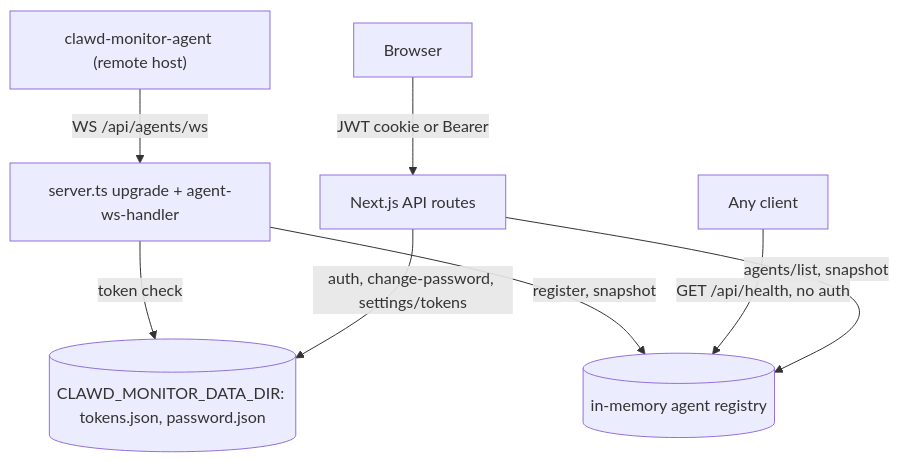
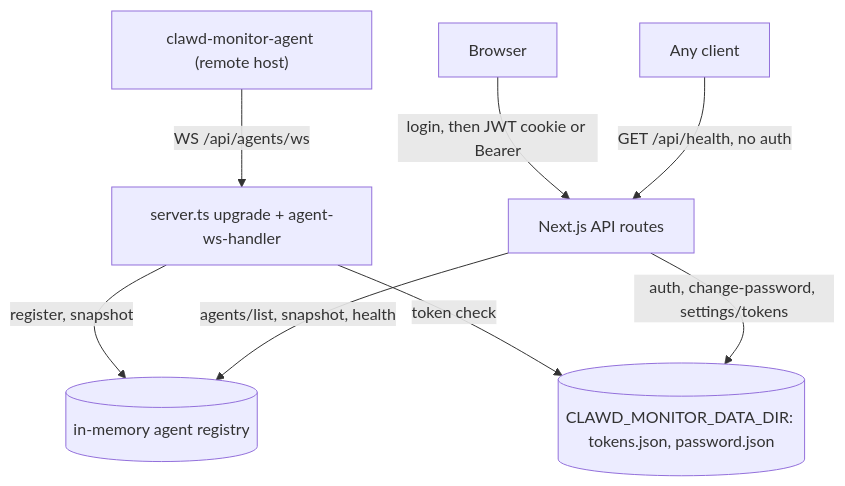
The first of 2 diagrams in docs/ARCHITECTURE.md (LanNguyenSi/clawd-monitor), drawn with Mermaid before and after one commit. The commit also changed other lines of this file and 3 other files, not shown here.

First line of the commit message:
docs: clarify log fallback, NODE_ENV for npm start and diagram edges

````diff
--- a/docs/ARCHITECTURE.md
+++ b/docs/ARCHITECTURE.md
@@ -28,10 +26,10 @@
 ```mermaid
 flowchart TD
   Agent["clawd-monitor-agent (remote host)"] -->|"WS /api/agents/ws"| WS["server.ts upgrade + agent-ws-handler"]
+  Browser["Browser"] -->|"login, then JWT cookie or Bearer"| Routes["Next.js API routes"]
+  AnyClient["Any client"] -->|"GET /api/health, no auth"| Routes
+  WS -->|"register, snapshot"| Registry[("in-memory agent registry")]
+  Routes -->|"agents/list, snapshot, health"| Registry
   WS -->|"token check"| Store[("CLAWD_MONITOR_DATA_DIR: tokens.json, password.json")]
-  WS -->|"register, snapshot"| Registry[("in-memory agent registry")]
-  Browser["Browser"] -->|"JWT cookie or Bearer"| Routes["Next.js API routes"]
-  AnyClient["Any client"] -->|"GET /api/health, no auth"| Registry
-  Routes -->|"agents/list, snapshot"| Registry
   Routes -->|"auth, change-password, settings/tokens"| Store
 ```
````
